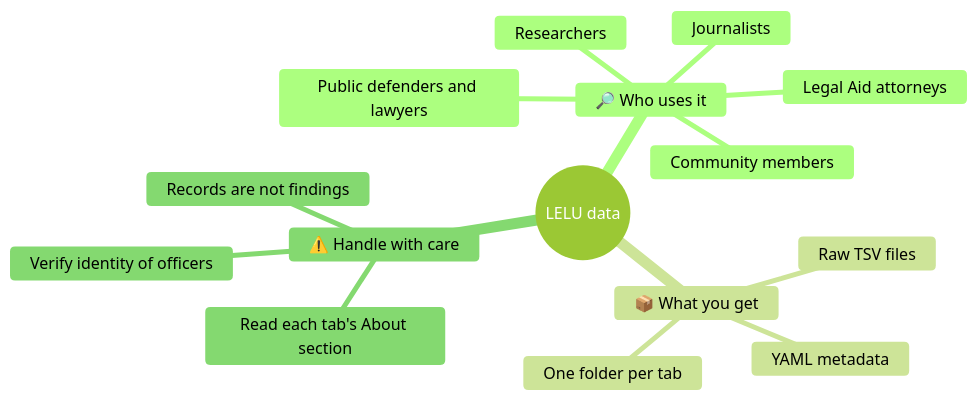
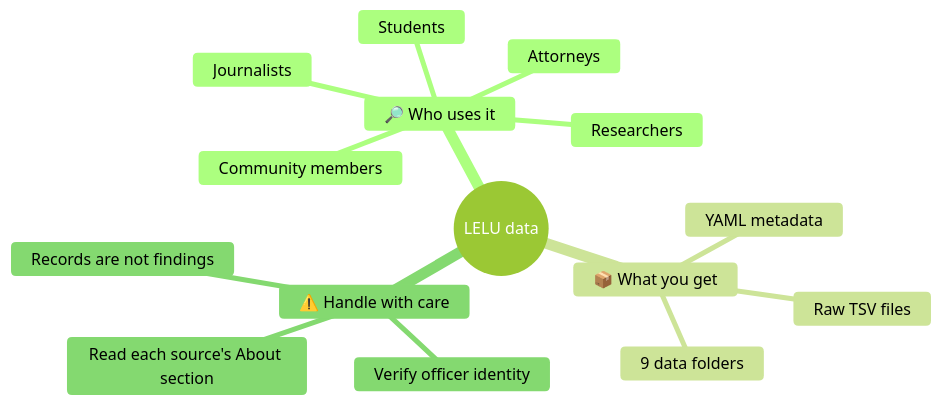
Before and after one commit to PrajwalKoirala638/LELU: the first of 7 diagrams in README.md, drawn with Mermaid (forest theme). The commit also changed other lines of this file, not shown here.

````diff
--- a/README.md
+++ b/README.md
@@ -54,18 +58,18 @@
 ```mermaid
 mindmap
   root((LELU data))
     🔎 Who uses it
-      Legal Aid attorneys
-      Public defenders and lawyers
+      Attorneys
       Journalists
       Researchers
+      Students
       Community members
     📦 What you get
       Raw TSV files
       YAML metadata
-      One folder per tab
+      9 data folders
     ⚠️ Handle with care
-      Verify identity of officers
-      Read each tab's About section
+      Verify officer identity
+      Read each source's About section
       Records are not findings
 ```
````
